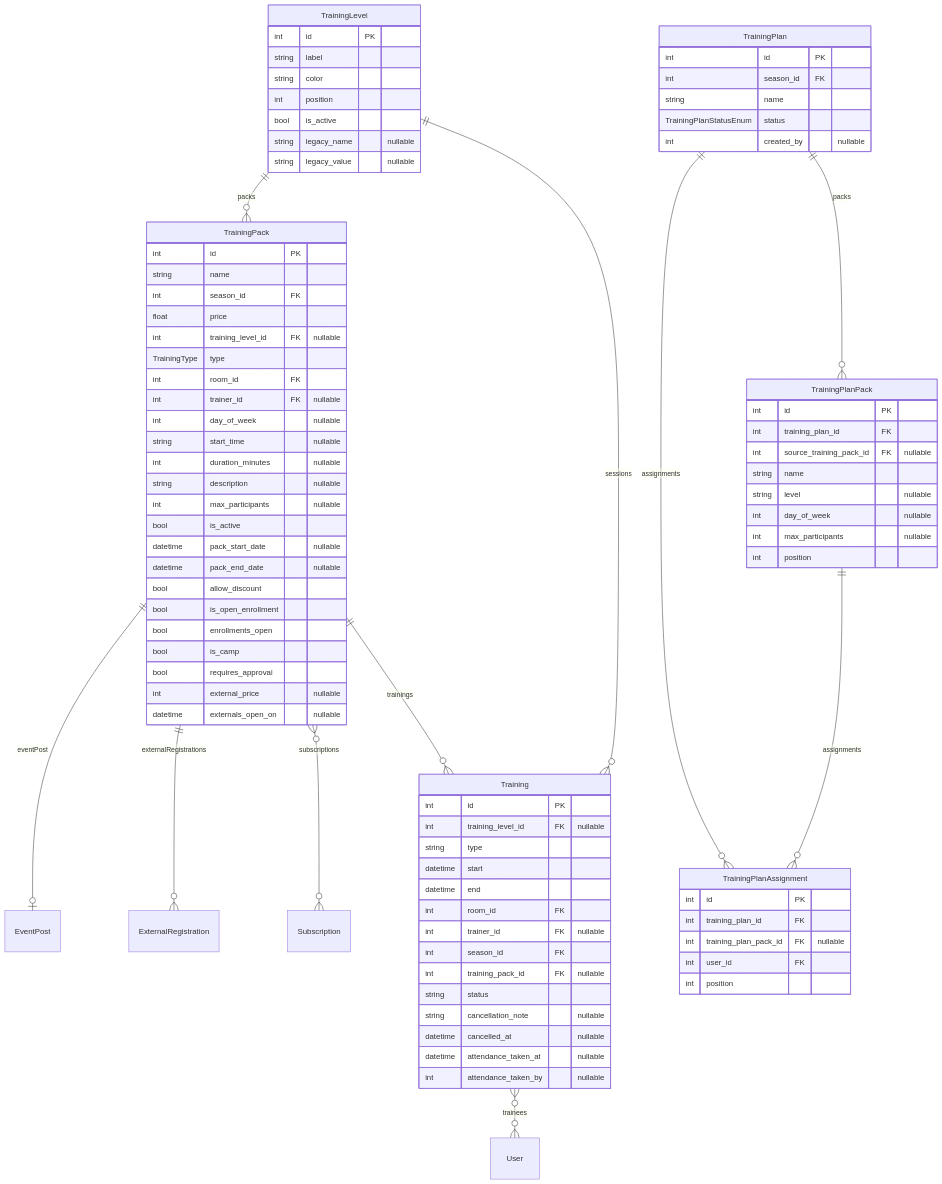
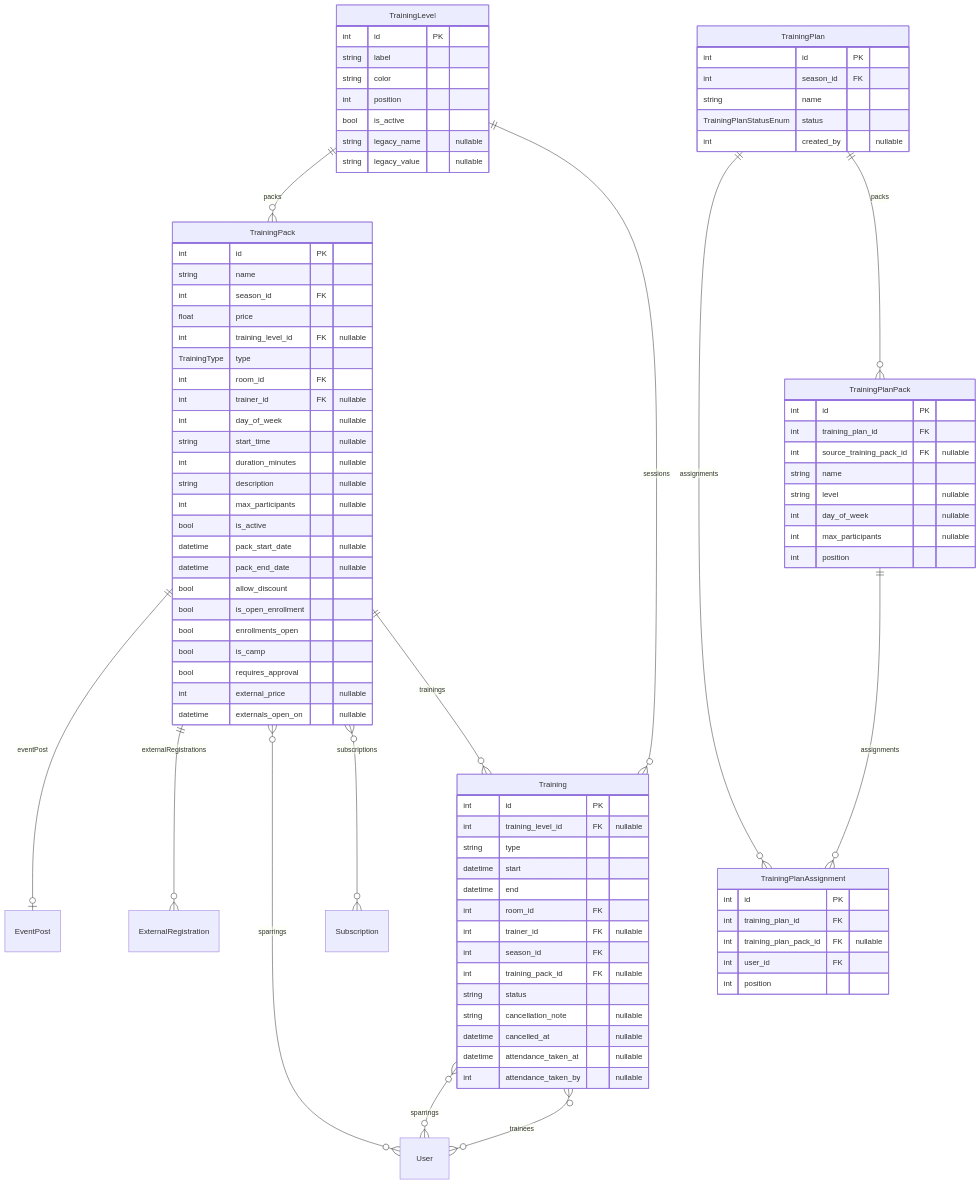
Before and after one commit to Paupoo/tabletennisclub-app: the diagram in docs/erd/trainings.md, drawn with Mermaid. The commit also changed 6 other files, not shown here.

```diff
--- a/docs/erd/trainings.md
+++ b/docs/erd/trainings.md
@@ -77,11 +77,13 @@
         int position
     }
 
+    Training }o--o{ User : "sparrings"
     Training }o--o{ User : "trainees"
     TrainingLevel ||--o{ TrainingPack : "packs"
     TrainingLevel ||--o{ Training : "sessions"
     TrainingPack ||--o| EventPost : "eventPost"
     TrainingPack ||--o{ ExternalRegistration : "externalRegistrations"
+    TrainingPack }o--o{ User : "sparrings"
     TrainingPack }o--o{ Subscription : "subscriptions"
     TrainingPack ||--o{ Training : "trainings"
     TrainingPlan ||--o{ TrainingPlanAssignment : "assignments"
```
